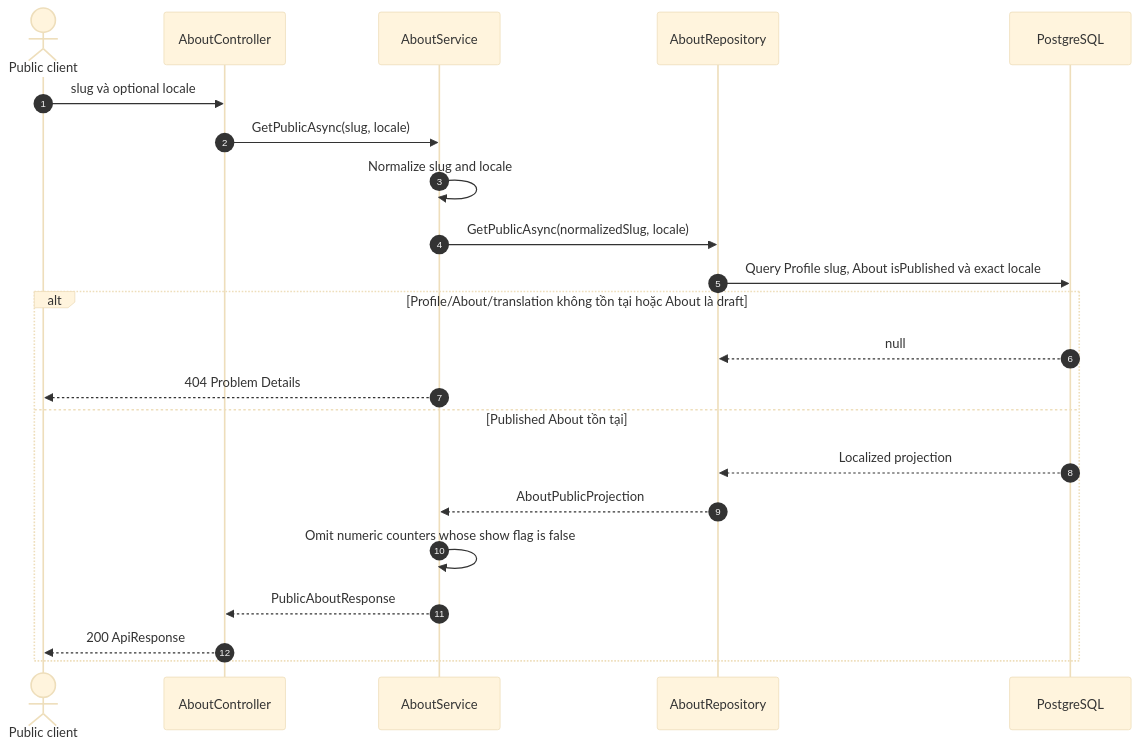
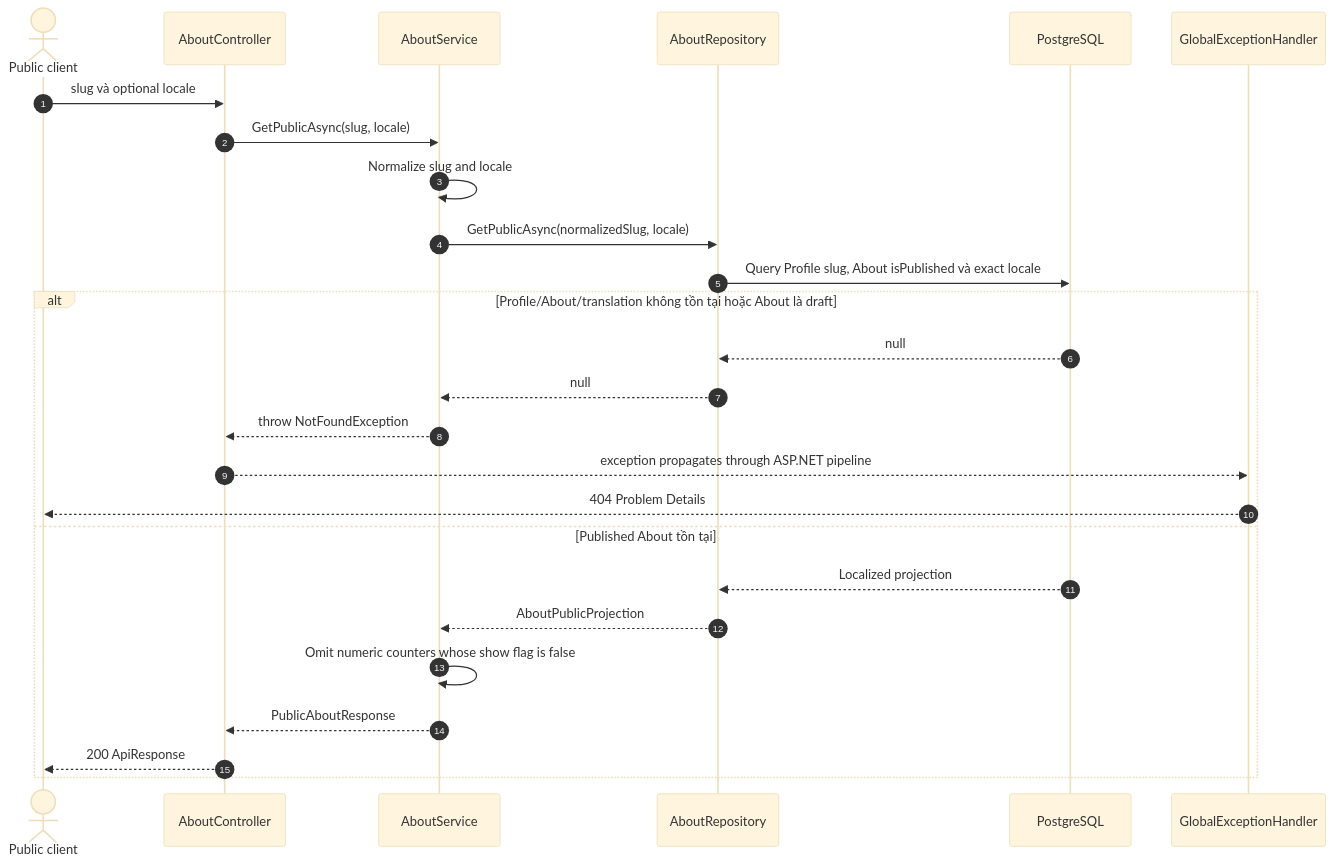
Before and after one commit to hoangnam-dev/CG03_AboutMe_API: the ninth of 22 diagrams in docs/architecture/CURRENT_PROCESS_FLOWS.md, drawn with Mermaid (base theme). The commit also changed other lines of this file and 38 other files, not shown here.

````diff
--- a/docs/architecture/CURRENT_PROCESS_FLOWS.md
+++ b/docs/architecture/CURRENT_PROCESS_FLOWS.md
@@ -365,25 +366,29 @@
 ```mermaid
 sequenceDiagram
     autonumber
     actor Client as Public client
     participant Controller as AboutController
     participant Service as AboutService
     participant Repo as AboutRepository
     participant DB as PostgreSQL
+    participant Handler as GlobalExceptionHandler
 
     Client->>Controller: slug và optional locale
     Controller->>Service: GetPublicAsync(slug, locale)
     Service->>Service: Normalize slug and locale
     Service->>Repo: GetPublicAsync(normalizedSlug, locale)
     Repo->>DB: Query Profile slug, About isPublished và exact locale
     alt Profile/About/translation không tồn tại hoặc About là draft
         DB-->>Repo: null
-        Service-->>Client: 404 Problem Details
+        Repo-->>Service: null
+        Service-->>Controller: throw NotFoundException
+        Controller-->>Handler: exception propagates through ASP.NET pipeline
+        Handler-->>Client: 404 Problem Details
     else Published About tồn tại
         DB-->>Repo: Localized projection
         Repo-->>Service: AboutPublicProjection
         Service->>Service: Omit numeric counters whose show flag is false
         Service-->>Controller: PublicAboutResponse
         Controller-->>Client: 200 ApiResponse
     end
 ```
````
